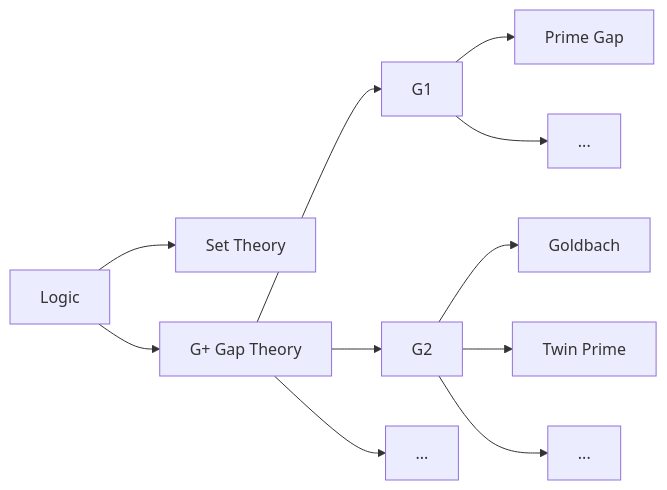
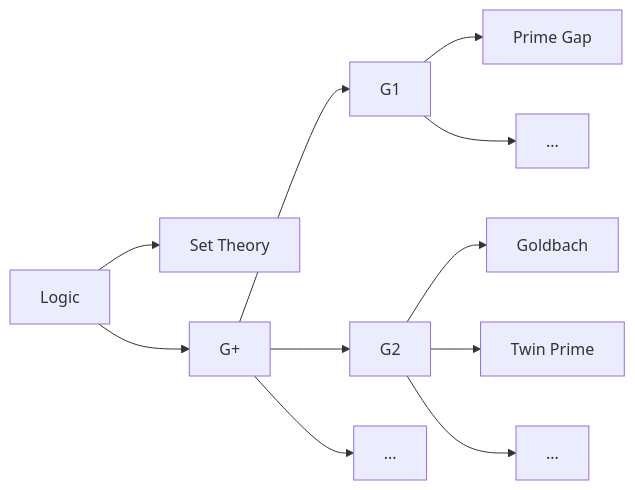
Before and after one commit to n43e120/PrimeGap: the diagram in 20260728公开信呼吁关注民科歧视.md, drawn with Mermaid. The commit also changed other lines of this file, not shown here.

````diff
--- a/20260728公开信呼吁关注民科歧视.md
+++ b/20260728公开信呼吁关注民科歧视.md
@@ -15,13 +16,13 @@
 ```mermaid
 graph LR
     A[Logic] --> B[Set Theory]
-    A --> G[G+ Gap Theory]
+    A --> G[G+]
     G --> G1
     G1 --> D[Prime Gap]
     G1 --> G1etc[...]
     G --> G2
     G2 --> E[Goldbach]
     G2 --> F[Twin Prime]
     G2 --> G2etc[...]
     G --> Getc[...]
 ```
````
